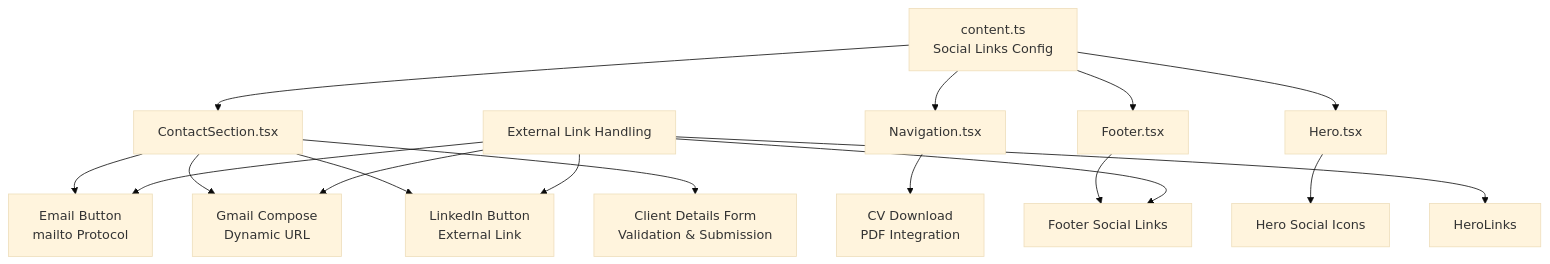
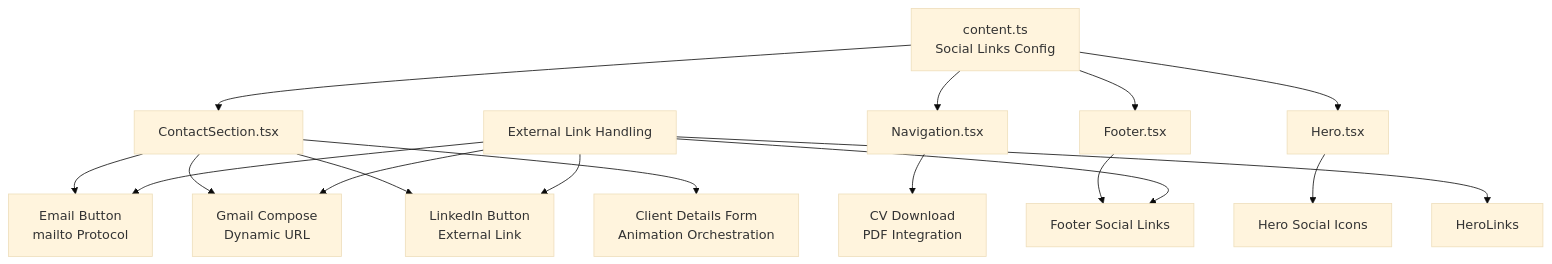
Before and after one commit to subash7781/Portfolio: the fourth of 5 diagrams in .qoder/repowiki/en/content/Component Library & UI Elements/ContactSection Component.md, drawn with Mermaid (base theme). The commit also changed other lines of this file and 5 other files, not shown here.

````diff
--- a/.qoder/repowiki/en/content/Component Library & UI Elements/ContactSection Component.md
+++ b/.qoder/repowiki/en/content/Component Library & UI Elements/ContactSection Component.md
@@ -275,19 +311,19 @@
 ```mermaid
 flowchart TD
 ContentConfig["content.ts<br/>Social Links Config"] --> ContactSection["ContactSection.tsx"]
 ContentConfig --> Navigation["Navigation.tsx"]
 ContentConfig --> Footer["Footer.tsx"]
 ContentConfig --> Hero["Hero.tsx"]
 ContactSection --> EmailButton["Email Button<br/>mailto Protocol"]
 ContactSection --> GmailCompose["Gmail Compose<br/>Dynamic URL"]
 ContactSection --> LinkedInButton["LinkedIn Button<br/>External Link"]
-ContactSection --> ClientForm["Client Details Form<br/>Validation & Submission"]
+ContactSection --> ClientForm["Client Details Form<br/>Animation Orchestration"]
 Navigation --> CVDownload["CV Download<br/>PDF Integration"]
 Footer --> SocialLinks["Footer Social Links"]
 Hero --> SocialIcons["Hero Social Icons"]
 ExternalLink["External Link Handling"] --> EmailButton
 ExternalLink --> GmailCompose
 ExternalLink --> LinkedInButton
 ExternalLink --> SocialLinks
 ExternalLink --> HeroLinks
 ```
````
